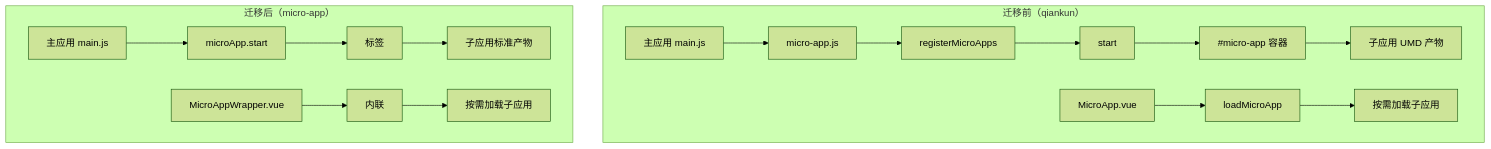
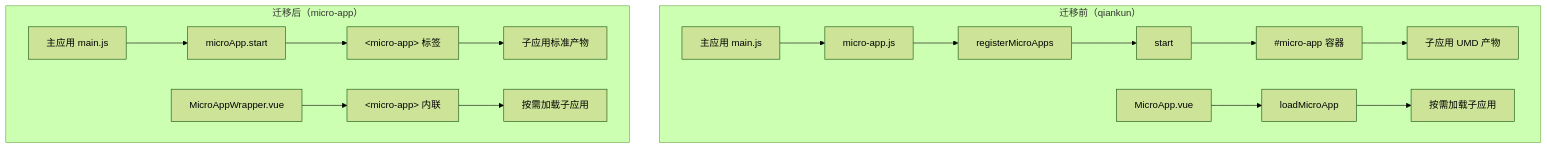
One commit to sdwurg180507280211/metersphere changed the first of 3 diagrams in .kiro/specs/micro-frontend-migration/design.md. Above: the diagram before and after it, drawn with Mermaid (forest theme). The commit also changed other lines of this file and 1 other file, not shown here.

Commit message:
micro-app微前端实现

````diff
--- a/.kiro/specs/micro-frontend-migration/design.md
+++ b/.kiro/specs/micro-frontend-migration/design.md
@@ -17,22 +25,22 @@
 ```mermaid
 graph TB
     subgraph "迁移前（qiankun）"
         A1[主应用 main.js] --> A2[micro-app.js]
         A2 --> A3[registerMicroApps]
         A3 --> A4[start]
         A4 --> A5["#micro-app 容器"]
         A5 --> A6[子应用 UMD 产物]
         
         A7[MicroApp.vue] --> A8[loadMicroApp]
         A8 --> A9[按需加载子应用]
     end
     
     subgraph "迁移后（micro-app）"
         B1[主应用 main.js] --> B2[microApp.start]
-        B2 --> B3["<micro-app> 标签"]
+        B2 --> B3["&lt;micro-app&gt; 标签"]
         B3 --> B4[子应用标准产物]
         
-        B5[MicroAppWrapper.vue] --> B6["<micro-app> 内联"]
+        B5[MicroAppWrapper.vue] --> B6["&lt;micro-app&gt; 内联"]
         B6 --> B7[按需加载子应用]
     end
 ```
````
